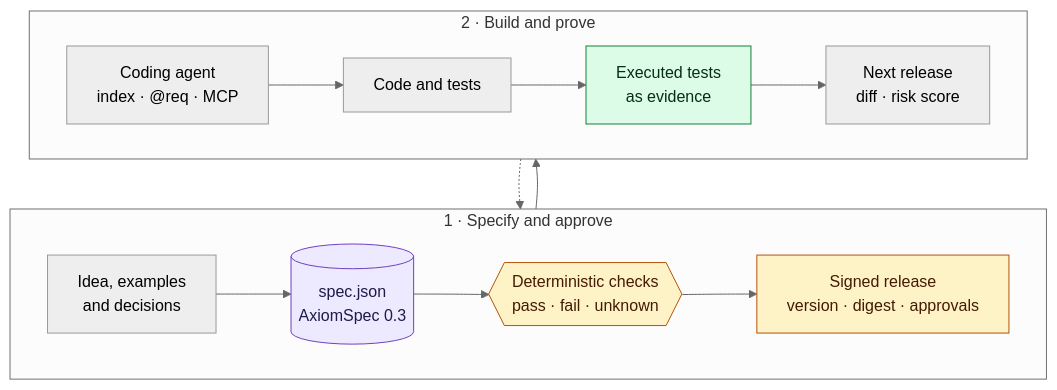
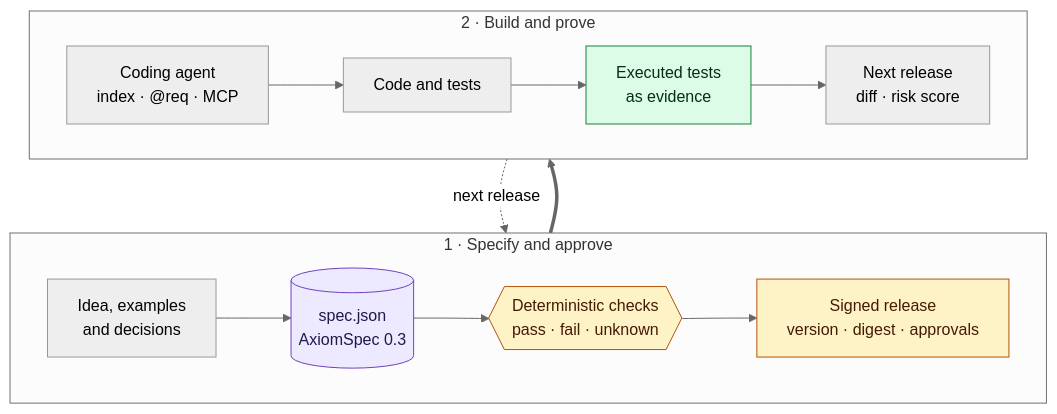
Before and after one commit to OualidGuennif/aeion-framework: the diagram in README.md, drawn with Mermaid (neutral theme).

Commit message:
README: keep each row of the diagram horizontal on GitHub

````diff
--- a/README.md
+++ b/README.md
@@ -17,24 +17,24 @@
 ```mermaid
 flowchart TB
   subgraph specify ["1 · Specify and approve"]
     direction LR
     idea["Idea, examples<br/>and decisions"] --> spec[("spec.json<br/>AxiomSpec 0.3")]
     spec --> checks{{"Deterministic checks<br/>pass · fail · unknown"}}
     checks --> release["Signed release<br/>version · digest · approvals"]
   end
   subgraph build ["2 · Build and prove"]
     direction LR
     agent["Coding agent<br/>index · @req · MCP"] --> code["Code and tests"]
     code --> evidence["Executed tests<br/>as evidence"]
     evidence --> next["Next release<br/>diff · risk score"]
   end
-  release --> agent
-  next -.-> spec
+  specify ==> build
+  build -. "next release" .-> specify
 
   classDef source fill:#ede9fe,stroke:#6f42c1,color:#1e1b4b
   classDef gate fill:#fef3c7,stroke:#b45309,color:#451a03
   classDef proof fill:#dcfce7,stroke:#15803d,color:#052e16
   class spec source
   class checks,release gate
   class evidence proof
 ```
````
